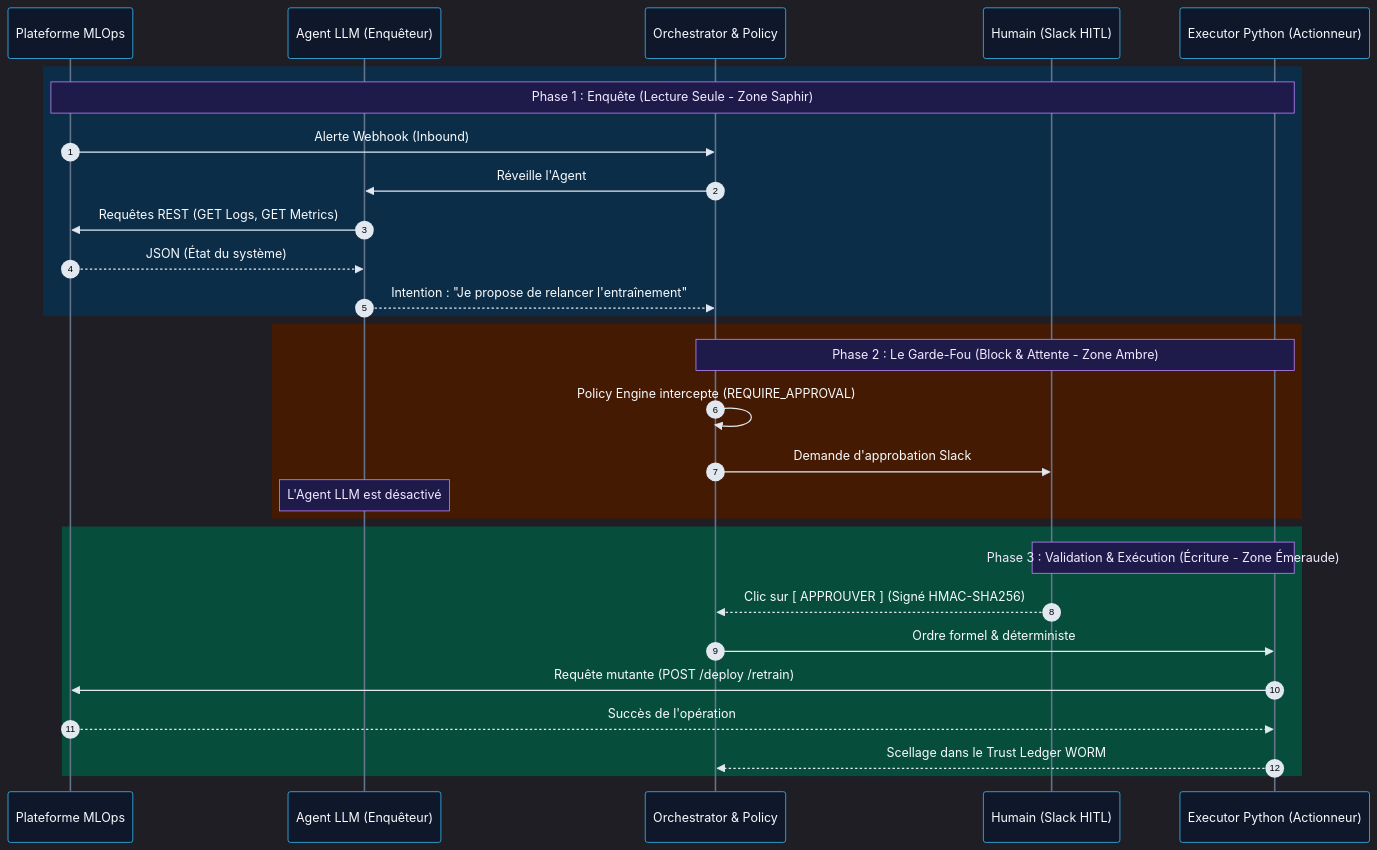
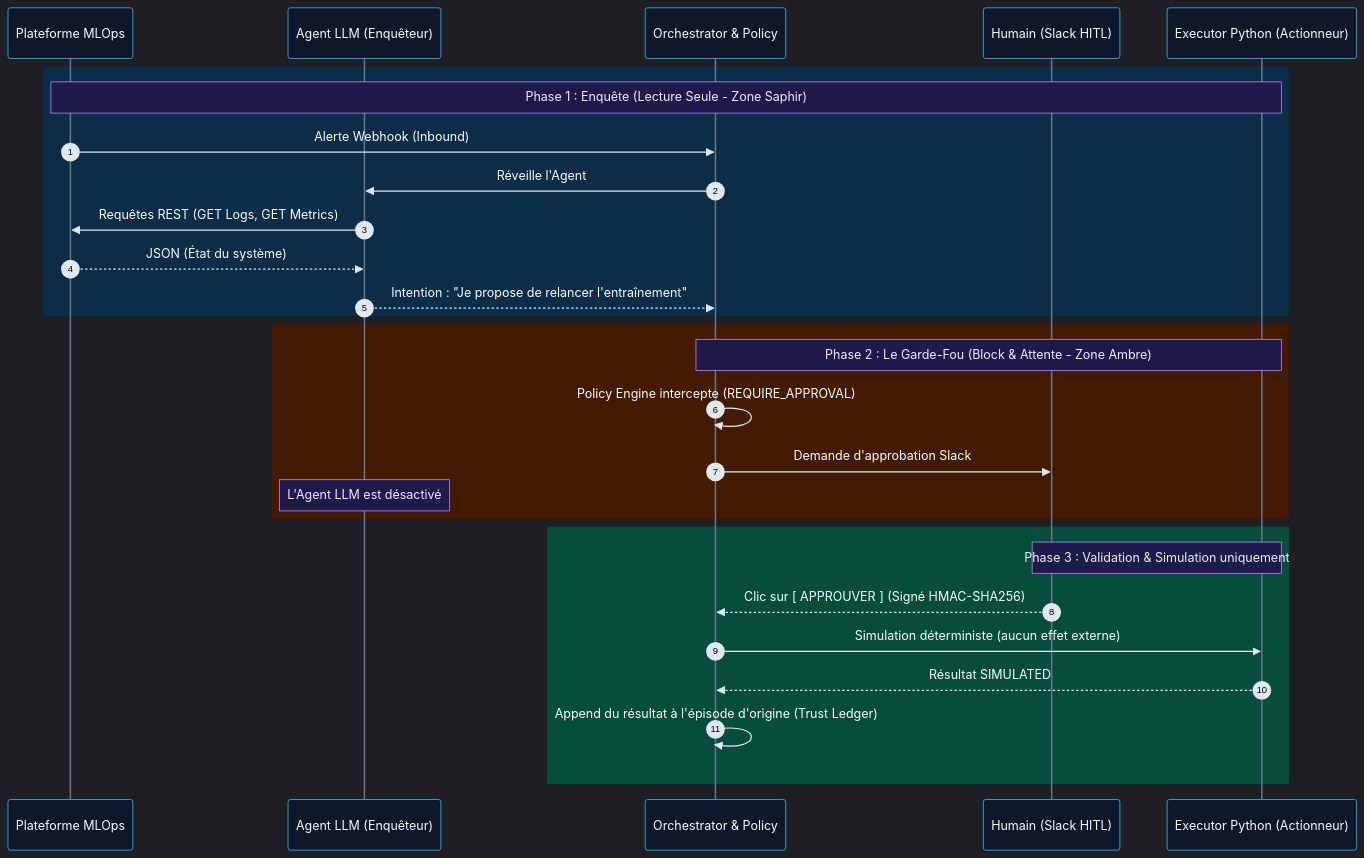
One commit to nolll77/agentic-ops changed the second of 3 diagrams in README_FR.md. Above: the diagram before and after it, drawn with Mermaid. The commit also changed other lines of this file and 30 other files, not shown here.

````diff
--- a/README_FR.md
+++ b/README_FR.md
@@ -668,35 +669,34 @@
 ```mermaid
 %%{init: {'theme': 'dark', 'themeVariables': {'actorBkg': '#0f172a', 'actorBorder': '#38bdf8', 'actorTextColor': '#f8fafc', 'actorLineColor': '#64748b', 'signalColor': '#e2e8f0', 'signalTextColor': '#f8fafc', 'noteBkgColor': '#1e1b4b', 'noteBorderColor': '#c084fc', 'noteTextColor': '#f3e8ff', 'activationBkgColor': '#334155', 'activationBorderColor': '#38bdf8'}}}%%
 sequenceDiagram
     autonumber
     participant Platform as Plateforme MLOps
     participant Agent as Agent LLM (Enquêteur)
     participant FSM as Orchestrator & Policy
     participant Human as Humain (Slack HITL)
     participant Exec as Executor Python (Actionneur)
 
     rect rgb(12, 45, 72)
     Note over Platform, Exec: Phase 1 : Enquête (Lecture Seule - Zone Saphir)
     Platform->>FSM: Alerte Webhook (Inbound)
     FSM->>Agent: Réveille l'Agent
     Agent->>Platform: Requêtes REST (GET Logs, GET Metrics)
     Platform-->>Agent: JSON (État du système)
     Agent-->>FSM: Intention : "Je propose de relancer l'entraînement"
     end
 
     rect rgb(69, 26, 3)
     Note over FSM, Exec: Phase 2 : Le Garde-Fou (Block & Attente - Zone Ambre)
     FSM->>FSM: Policy Engine intercepte (REQUIRE_APPROVAL)
     FSM->>Human: Demande d'approbation Slack
     Note over Agent: L'Agent LLM est désactivé
     end
     
     rect rgb(6, 78, 59)
-    Note over Human, Exec: Phase 3 : Validation & Exécution (Écriture - Zone Émeraude)
+    Note over Human, Exec: Phase 3 : Validation & Simulation uniquement
     Human-->>FSM: Clic sur [ APPROUVER ] (Signé HMAC-SHA256)
-    FSM->>Exec: Ordre formel & déterministe
-    Exec->>Platform: Requête mutante (POST /deploy /retrain)
-    Platform-->>Exec: Succès de l'opération
-    Exec-->>FSM: Scellage dans le Trust Ledger WORM
+    FSM->>Exec: Simulation déterministe (aucun effet externe)
+    Exec-->>FSM: Résultat SIMULATED
+    FSM->>FSM: Append du résultat à l'épisode d'origine (Trust Ledger)
     end
 ```
````
